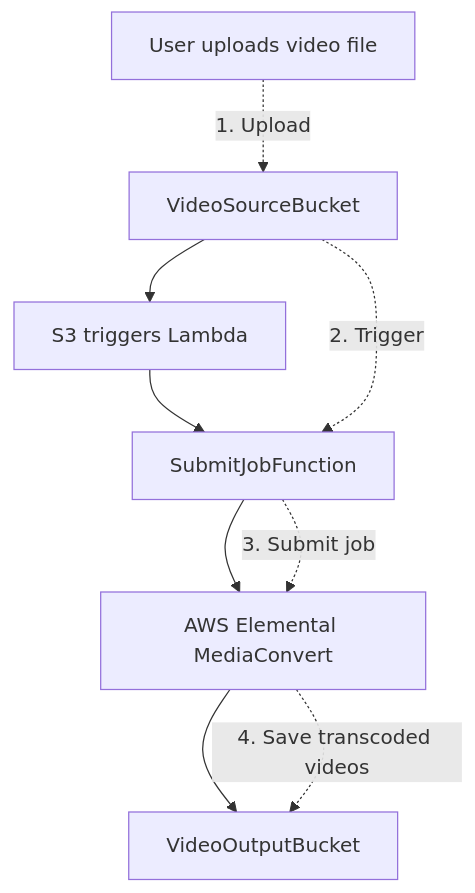
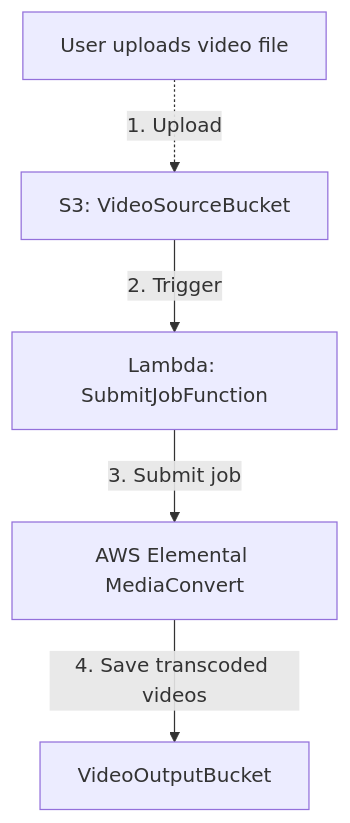
One commit to chadkluck/serverless-video-converter changed the diagram in README.md. Above: the diagram before and after it, drawn with Mermaid.

Commit message:
updated workflow diagram in readme

````diff
--- a/README.md
+++ b/README.md
@@ -28,12 +28,7 @@
 ```mermaid
 flowchart TD
-    A[User uploads video file] -.->|"1. Upload"| B[VideoSourceBucket]
-    B --> C[S3 triggers Lambda]
-    C --> D[SubmitJobFunction]
-    D --> E[AWS Elemental MediaConvert]
-    E --> F[VideoOutputBucket]
-    
-    B -.->|"2. Trigger"| D
-    D -.->|"3. Submit job"| E
-    E -.->|"4. Save transcoded videos"| F
+    A[User uploads video file] -.->|"1. Upload"| B[S3: VideoSourceBucket]
+    B -->|"2. Trigger"| C[Lambda: SubmitJobFunction]
+    C -->|"3. Submit job"| D[AWS Elemental MediaConvert]
+    D -->|"4. Save transcoded videos"| E[VideoOutputBucket]
 ```
````
